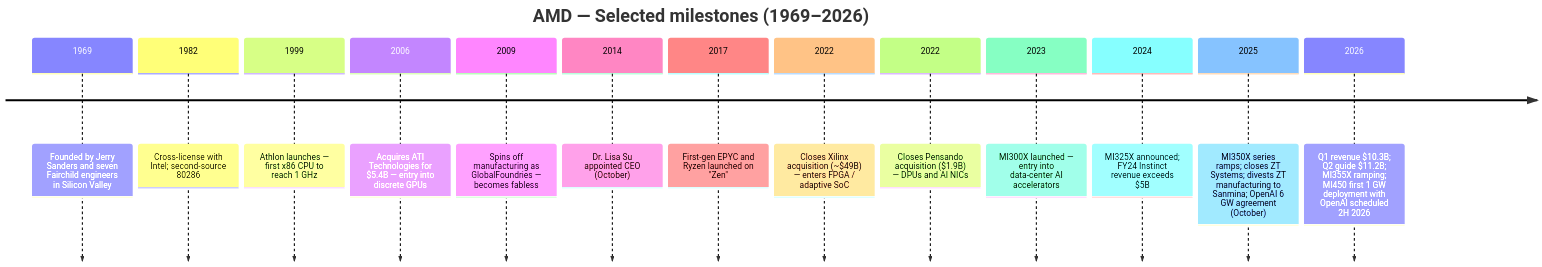
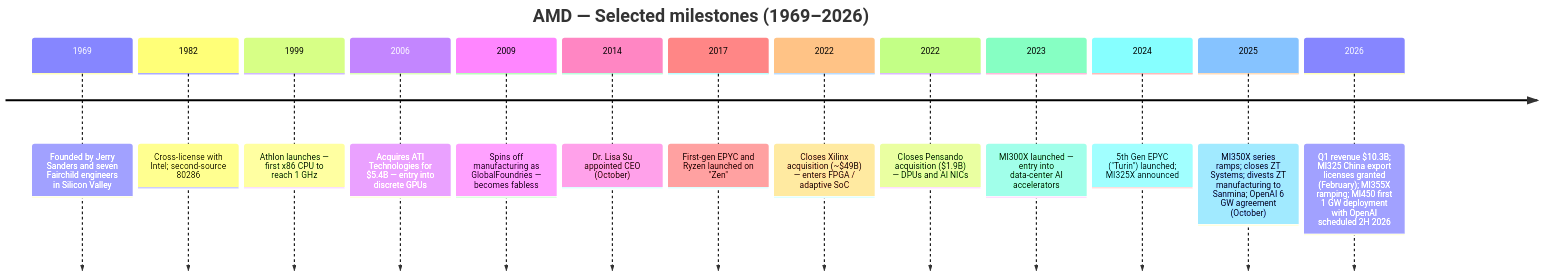
Before and after one commit to dadachundan/financial_agent: the first of 3 diagrams in reports/company/AMD_NASDAQ_AMD/AMD_NASDAQ_AMD_Research_Document.md, drawn with Mermaid. The commit also changed other lines of this file and 1 other file, not shown here.

````diff
--- a/reports/company/AMD_NASDAQ_AMD/AMD_NASDAQ_AMD_Research_Document.md
+++ b/reports/company/AMD_NASDAQ_AMD/AMD_NASDAQ_AMD_Research_Document.md
@@ -76,17 +78,17 @@
 ```mermaid
 timeline
     title AMD — Selected milestones (1969–2026)
     1969 : Founded by Jerry Sanders and seven Fairchild engineers in Silicon Valley
     1982 : Cross-license with Intel; second-source 80286
     1999 : Athlon launches — first x86 CPU to reach 1 GHz
     2006 : Acquires ATI Technologies for $5.4B — entry into discrete GPUs
     2009 : Spins off manufacturing as GlobalFoundries — becomes fabless
     2014 : Dr. Lisa Su appointed CEO (October)
     2017 : First-gen EPYC and Ryzen launched on "Zen"
     2022 : Closes Xilinx acquisition (~$49B) — enters FPGA / adaptive SoC
     2022 : Closes Pensando acquisition ($1.9B) — DPUs and AI NICs
     2023 : MI300X launched — entry into data-center AI accelerators
-    2024 : MI325X announced; FY24 Instinct revenue exceeds $5B
+    2024 : 5th Gen EPYC ("Turin") launched; MI325X announced
     2025 : MI350X series ramps; closes ZT Systems; divests ZT manufacturing to Sanmina; OpenAI 6 GW agreement (October)
-    2026 : Q1 revenue $10.3B; Q2 guide $11.2B; MI355X ramping; MI450 first 1 GW deployment with OpenAI scheduled 2H 2026
+    2026 : Q1 revenue $10.3B; MI325 China export licenses granted (February); MI355X ramping; MI450 first 1 GW deployment with OpenAI scheduled 2H 2026
 ```
````
